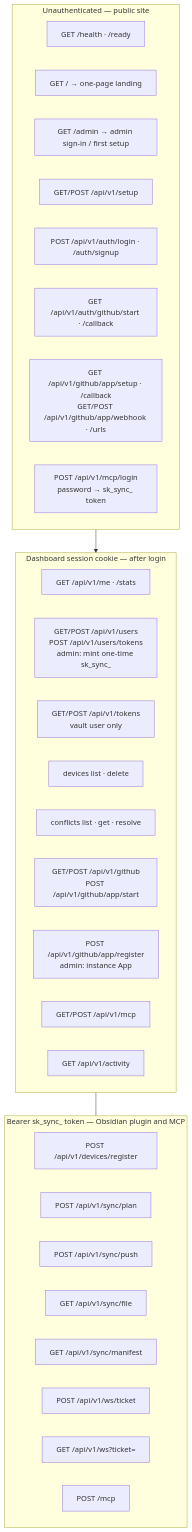
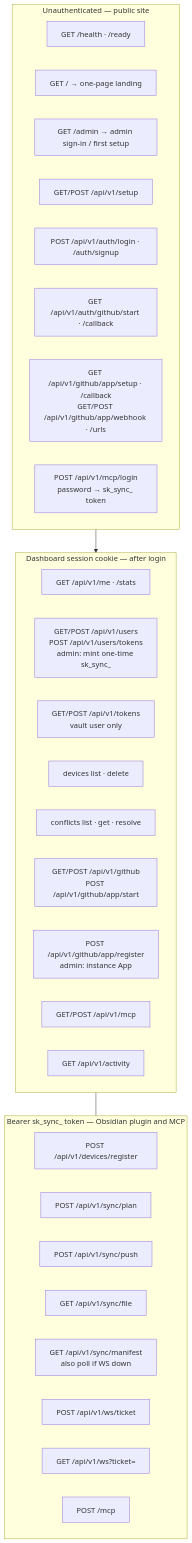
One commit to shangeethsivan/Syncidian changed the third of 13 diagrams in docs/architecture.md. Above: the diagram before and after it, drawn with Mermaid. The commit also changed other lines of this file and 2 other files, not shown here.

First line of the commit message:
Update architecture diagrams for mobile plugin transport

````diff
--- a/docs/architecture.md
+++ b/docs/architecture.md
@@ -84,39 +86,39 @@
 ```mermaid
 flowchart TB
   subgraph public [Unauthenticated — public site]
     H["GET /health · /ready"]
     UI["GET /  → one-page landing"]
     AdminUI["GET /admin → admin sign-in / first setup"]
     S1["GET/POST /api/v1/setup"]
     L["POST /api/v1/auth/login · /auth/signup"]
     GHO["GET /api/v1/auth/github/start · /callback"]
     AppPub["GET /api/v1/github/app/setup · /callback<br/>GET/POST /api/v1/github/app/webhook · /urls"]
     MCPLogin["POST /api/v1/mcp/login<br/>password → sk_sync_ token"]
   end
 
   subgraph session [Dashboard session cookie — after login]
     Me["GET /api/v1/me · /stats"]
     Users["GET/POST /api/v1/users<br/>POST /api/v1/users/tokens<br/>admin: mint one-time sk_sync_"]
     Tokens["GET/POST /api/v1/tokens<br/>vault user only"]
     Dev["devices list · delete"]
     Conf["conflicts list · get · resolve"]
     GH["GET/POST /api/v1/github<br/>POST /api/v1/github/app/start"]
     AppAdm["POST /api/v1/github/app/register<br/>admin: instance App"]
     MCPCfg["GET/POST /api/v1/mcp"]
     Act["GET /api/v1/activity"]
   end
 
   subgraph plugin [Bearer sk_sync_ token — Obsidian plugin and MCP]
     Reg["POST /api/v1/devices/register"]
     Plan["POST /api/v1/sync/plan"]
     Push["POST /api/v1/sync/push"]
     File["GET /api/v1/sync/file"]
-    Man["GET /api/v1/sync/manifest"]
+    Man["GET /api/v1/sync/manifest<br/>also poll if WS down"]
     Ticket["POST /api/v1/ws/ticket"]
     Sock["GET /api/v1/ws?ticket="]
     MCP["POST /mcp"]
   end
 
   public --> session
   session --- plugin
 ```
````
